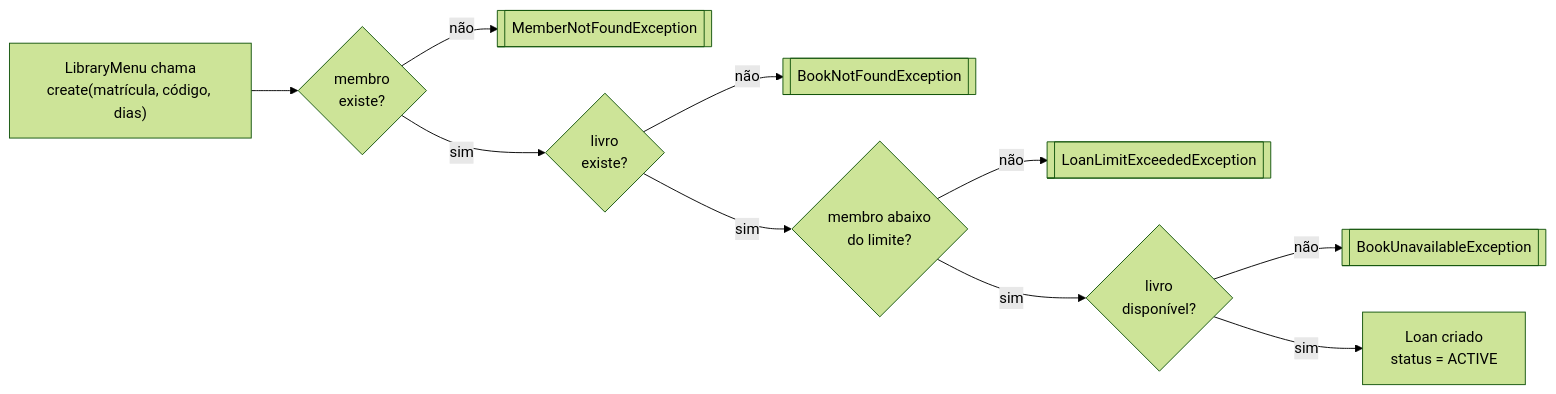
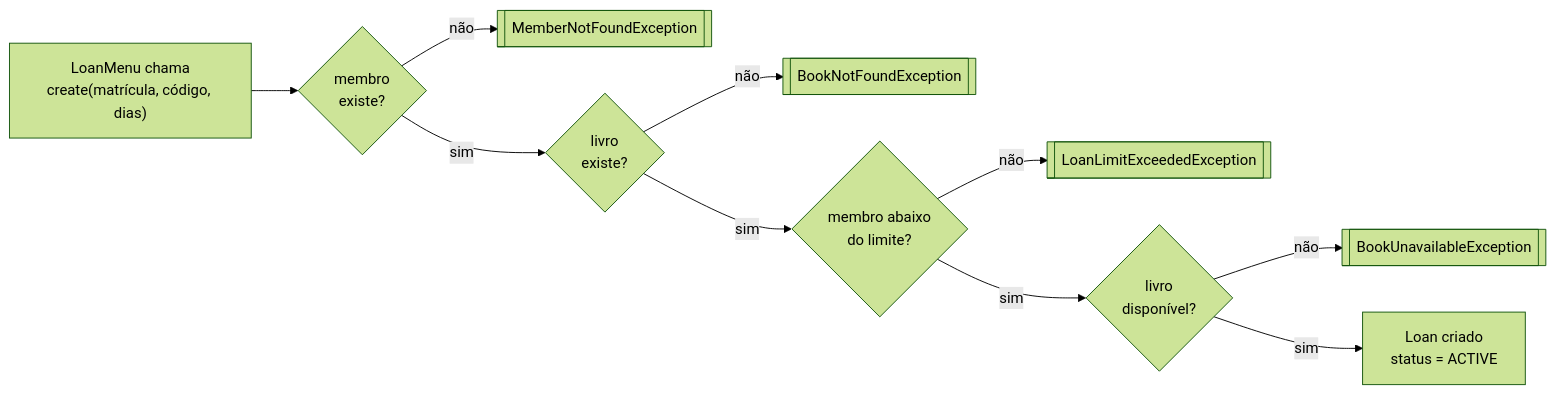
The fifth of 5 diagrams in library-management/docs/diagrama-de-classes.md (lucasrodriguescunha/laboratorio-de-programacao), drawn with Mermaid (forest theme) before and after one commit. The commit also changed other lines of this file and 1 other file, not shown here.

First line of the commit message:
docs: describe the split menu in the README and the diagram

````diff
--- a/library-management/docs/diagrama-de-classes.md
+++ b/library-management/docs/diagrama-de-classes.md
@@ -290,12 +371,12 @@
 ```mermaid
 flowchart LR
-    A["LibraryMenu chama<br>create(matrícula, código, dias)"] --> B{"membro<br>existe?"}
+    A["LoanMenu chama<br>create(matrícula, código, dias)"] --> B{"membro<br>existe?"}
     B -->|não| B1[["MemberNotFoundException"]]
     B -->|sim| C{"livro<br>existe?"}
     C -->|não| C1[["BookNotFoundException"]]
     C -->|sim| D{"membro abaixo<br>do limite?"}
     D -->|não| D1[["LoanLimitExceededException"]]
     D -->|sim| E{"livro<br>disponível?"}
     E -->|não| E1[["BookUnavailableException"]]
     E -->|sim| F["Loan criado<br>status = ACTIVE"]
 ```
````
